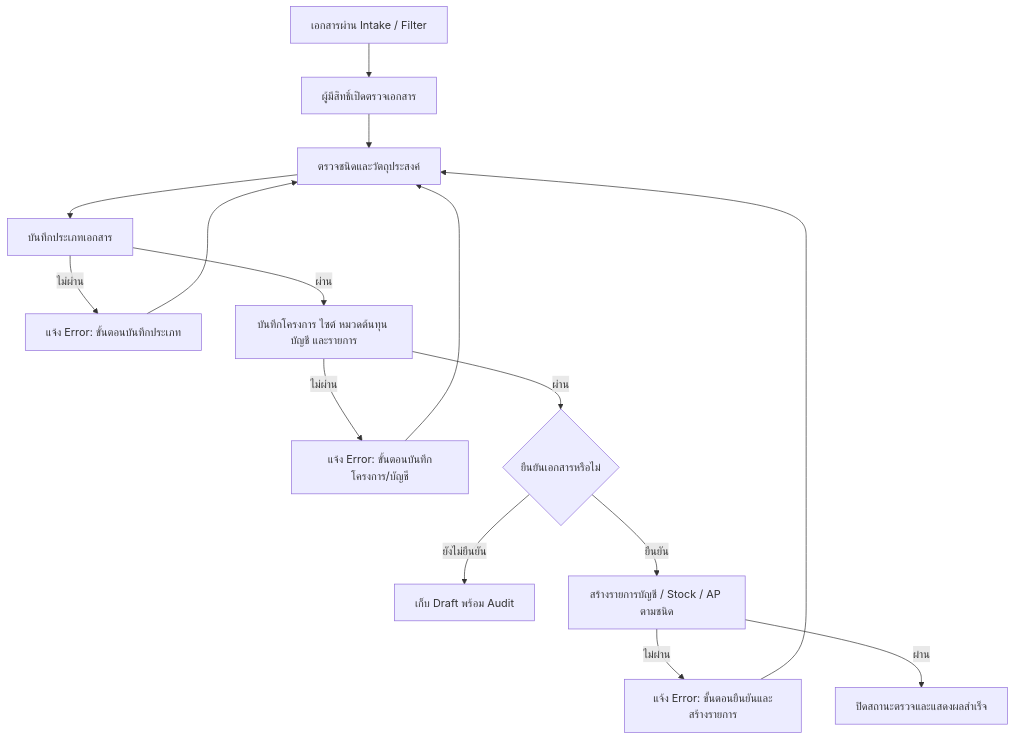
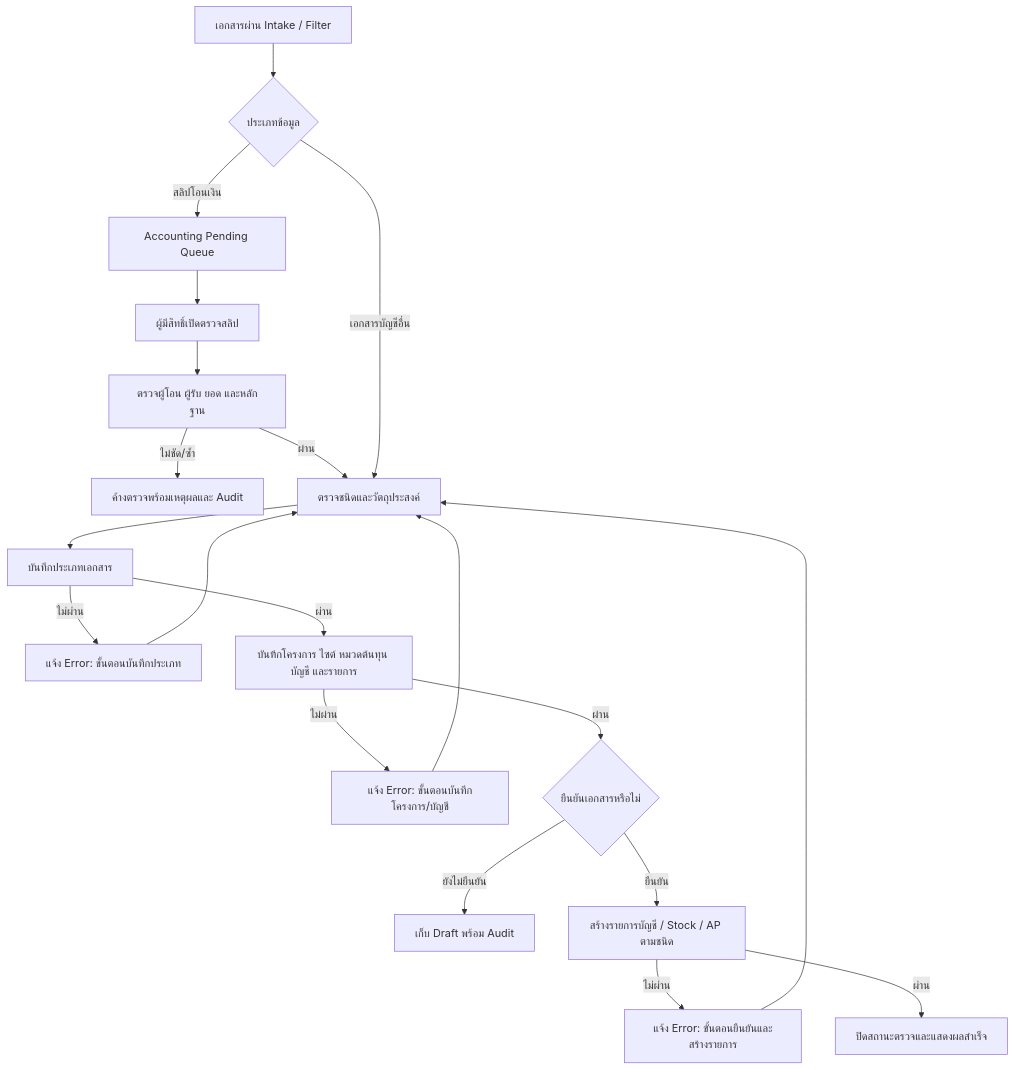
One commit to paramonjong-afk/WisdomAI changed the diagram in docs/ACCOUNTING_DOCUMENT_CONFIRMATION_FLOW.md. Above: the diagram before and after it, drawn with Mermaid. The commit also changed other lines of this file and 2 other files, not shown here.

Commit message:
fix: show accounting pending slip queue

````diff
--- a/docs/ACCOUNTING_DOCUMENT_CONFIRMATION_FLOW.md
+++ b/docs/ACCOUNTING_DOCUMENT_CONFIRMATION_FLOW.md
@@ -3,17 +3,22 @@
 ```mermaid
 flowchart TD
-  A[เอกสารผ่าน Intake / Filter] --> B[ผู้มีสิทธิ์เปิดตรวจเอกสาร]
-  B --> C[ตรวจชนิดและวัตถุประสงค์]
+  A[เอกสารผ่าน Intake / Filter] --> B{ประเภทข้อมูล}
+  B -->|สลิปโอนเงิน| Q[Accounting Pending Queue]
+  Q --> B1[ผู้มีสิทธิ์เปิดตรวจสลิป]
+  B1 --> C1[ตรวจผู้โอน ผู้รับ ยอด และหลักฐาน]
+  C1 -->|ไม่ชัด/ซ้ำ| Q1[ค้างตรวจพร้อมเหตุผลและ Audit]
+  C1 -->|ผ่าน| C[ตรวจชนิดและวัตถุประสงค์]
+  B -->|เอกสารบัญชีอื่น| C
   C --> D[บันทึกประเภทเอกสาร]
   D -->|ไม่ผ่าน| D1[แจ้ง Error: ขั้นตอนบันทึกประเภท]
   D -->|ผ่าน| E[บันทึกโครงการ ไซต์ หมวดต้นทุน บัญชี และรายการ]
   E -->|ไม่ผ่าน| E1[แจ้ง Error: ขั้นตอนบันทึกโครงการ/บัญชี]
   E -->|ผ่าน| F{ยืนยันเอกสารหรือไม่}
   F -->|ยังไม่ยืนยัน| G[เก็บ Draft พร้อม Audit]
   F -->|ยืนยัน| H[สร้างรายการบัญชี / Stock / AP ตามชนิด]
   H -->|ไม่ผ่าน| H1[แจ้ง Error: ขั้นตอนยืนยันและสร้างรายการ]
   H -->|ผ่าน| I[ปิดสถานะตรวจและแสดงผลสำเร็จ]
   D1 --> C
   E1 --> C
   H1 --> C
 ```
````
